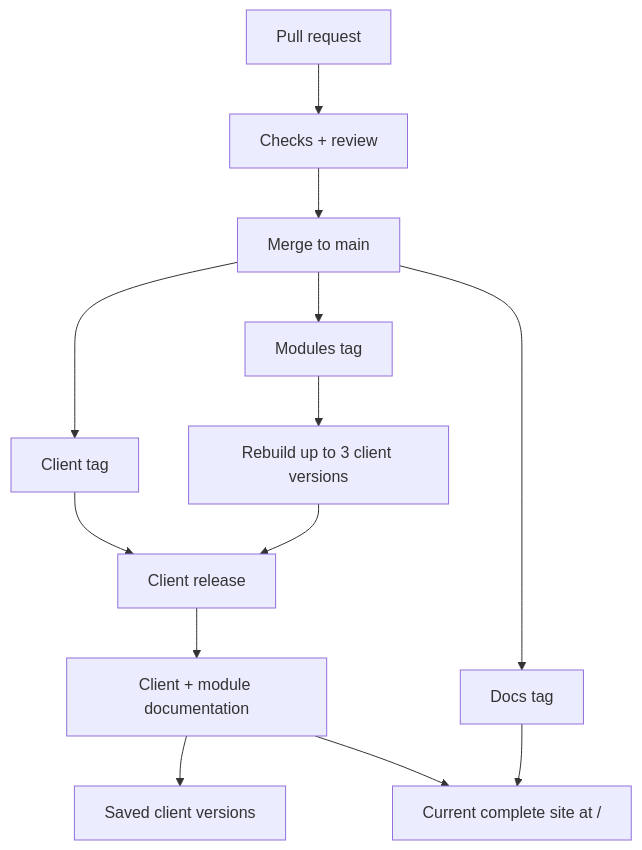
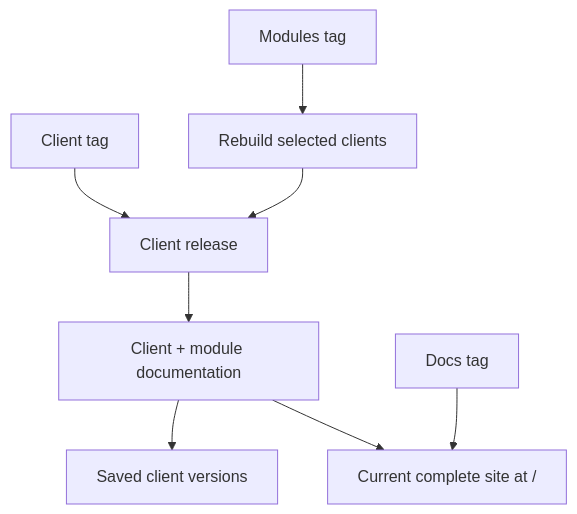
The diagram in docs/pages/releases/index.md (limanix/docs), drawn with Mermaid before and after one commit. The commit also changed other lines of this file and 35 other files, not shown here.

````diff
--- a/docs/pages/releases/index.md
+++ b/docs/pages/releases/index.md
@@ -6,16 +6,11 @@
 ```mermaid
 flowchart TD
-    accTitle: From a contribution to a release
-    accDescr: After PR checks and merge, client and modules releases publish product documentation, and a docs tag updates shared pages and the theme; both paths update one current site while client release snapshots remain available as archives.
-    pr["Pull request"] --> checks["Checks + review"] --> merge["Merge to main"]
-    merge --> client["Client tag"]
-    merge --> modules["Modules tag"]
-    merge --> docs["Docs tag"]
-    modules --> rebuild["Rebuild up to 3 client versions"]
-    client --> release["Client release"]
-    rebuild --> release
+    accTitle: From a contribution to published documentation
+    accDescr: Client and modules tags produce client releases whose documentation updates the site and archives. Docs tags update the current site's shared pages and theme.
+    client["Client tag"] --> release["Client release"]
+    modules["Modules tag"] --> rebuild["Rebuild selected clients"] --> release
     release --> productdocs["Client + module documentation"]
     productdocs --> snapshot["Saved client versions"]
     productdocs --> site["Current complete site at /"]
-    docs --> site
+    docs["Docs tag"] --> site
 ```
````
